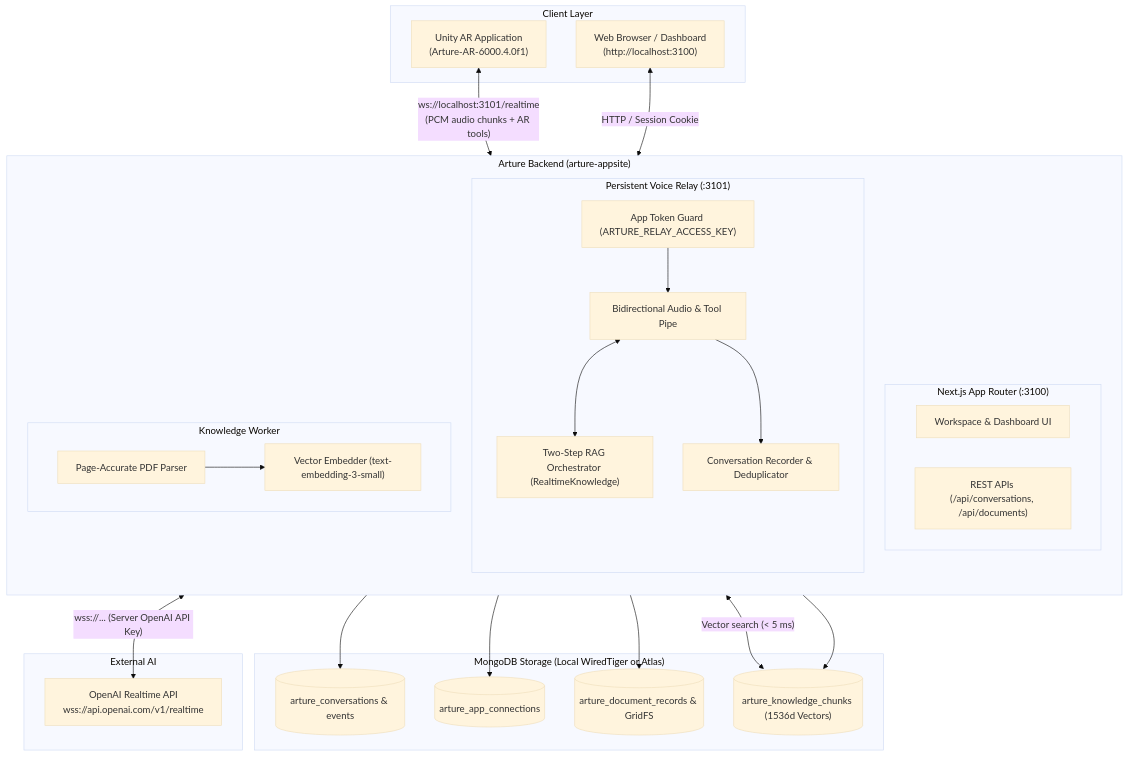
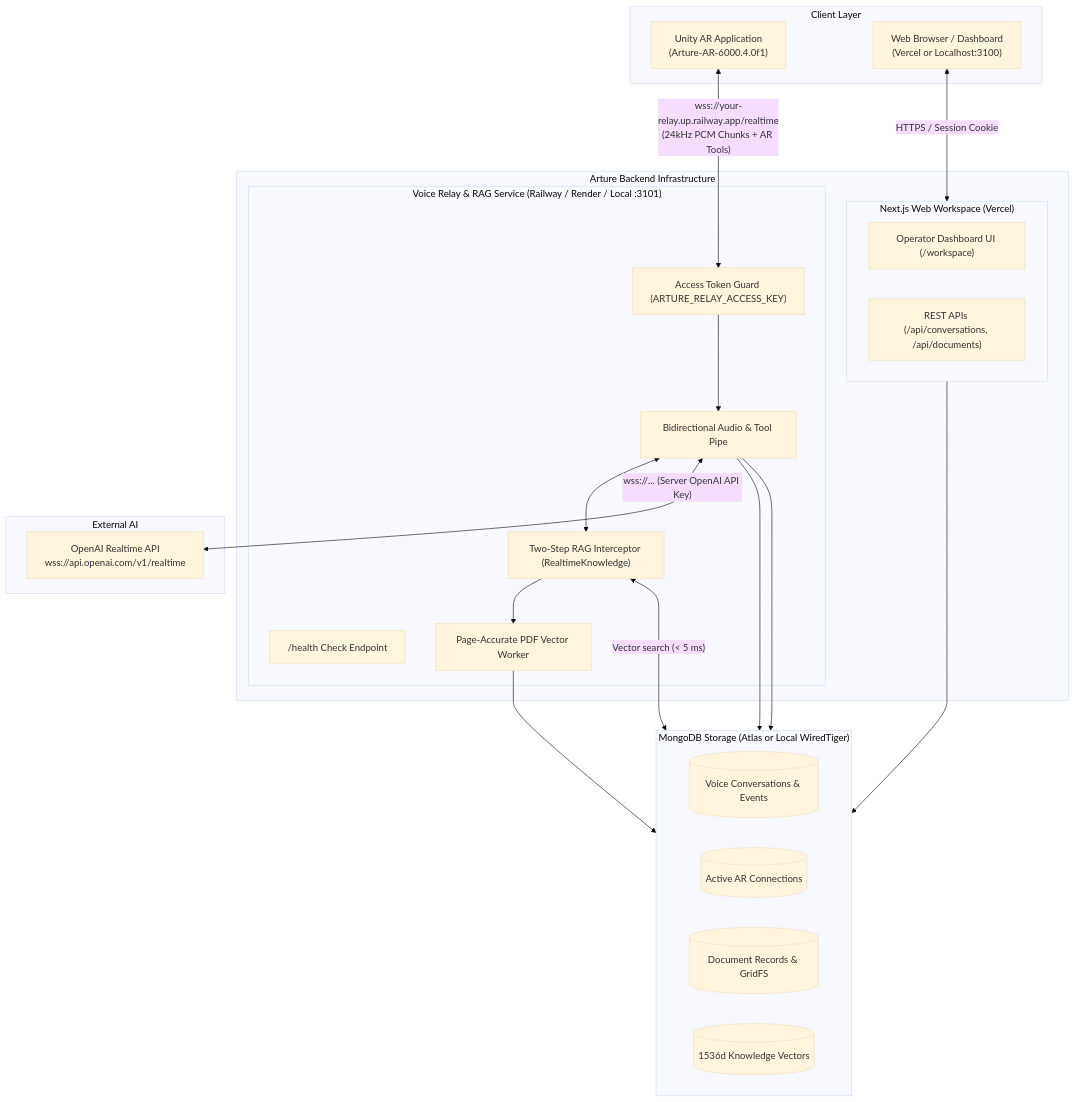
One commit to th-efool/arture-appsite changed the first of 2 diagrams in README.md. Above: the diagram before and after it, drawn with Mermaid (base theme). The commit also changed other lines of this file, not shown here.

Commit message:
docs: expand README with Railway, Vercel, Render and Atlas deployment guides

````diff
--- a/README.md
+++ b/README.md
@@ -59,51 +64,46 @@
 ```mermaid
 flowchart TB
     subgraph Client ["Client Layer"]
         UNITY["Unity AR Application<br/>(Arture-AR-6000.4.0f1)"]
-        BROWSER["Web Browser / Dashboard<br/>(http://localhost:3100)"]
+        BROWSER["Web Browser / Dashboard<br/>(Vercel or Localhost:3100)"]
     end
 
-    subgraph Core ["Arture Backend (arture-appsite)"]
-        direction TB
-        subgraph Web ["Next.js App Router (:3100)"]
-            PAGES["Workspace & Dashboard UI"]
+    subgraph Core ["Arture Backend Infrastructure"]
+        subgraph Web ["Next.js Web Workspace (Vercel)"]
+            PAGES["Operator Dashboard UI (/workspace)"]
             API["REST APIs (/api/conversations, /api/documents)"]
         end
 
-        subgraph Relay ["Persistent Voice Relay (:3101)"]
-            GUARD["App Token Guard (ARTURE_RELAY_ACCESS_KEY)"]
+        subgraph Relay ["Voice Relay & RAG Service (Railway / Render / Local :3101)"]
+            HEALTH["/health Check Endpoint"]
+            GUARD["Access Token Guard (ARTURE_RELAY_ACCESS_KEY)"]
             ROUTER["Bidirectional Audio & Tool Pipe"]
-            ORCHESTRATOR["Two-Step RAG Orchestrator (RealtimeKnowledge)"]
-            RECORDER["Conversation Recorder & Deduplicator"]
+            ORCHESTRATOR["Two-Step RAG Interceptor (RealtimeKnowledge)"]
+            WORKER["Page-Accurate PDF Vector Worker"]
             GUARD --> ROUTER
             ROUTER <--> ORCHESTRATOR
-            ROUTER --> RECORDER
-        end
-
-        subgraph Worker ["Knowledge Worker"]
-            PARSER["Page-Accurate PDF Parser"]
-            EMBEDDER["Vector Embedder (text-embedding-3-small)"]
-            PARSER --> EMBEDDER
+            ORCHESTRATOR --> WORKER
         end
     end
 
-    subgraph Storage ["MongoDB Storage (Local WiredTiger or Atlas)"]
-        CONV[("arture_conversations & events")]
-        PRES[("arture_app_connections")]
-        DOCS[("arture_document_records & GridFS")]
-        VECTORS[("arture_knowledge_chunks (1536d Vectors)")]
+    subgraph Storage ["MongoDB Storage (Atlas or Local WiredTiger)"]
+        direction LR
+        CONV[("Voice Conversations & Events")]
+        PRES[("Active AR Connections")]
+        DOCS[("Document Records & GridFS")]
+        VECTORS[("1536d Knowledge Vectors")]
     end
 
     subgraph Cloud ["External AI"]
         OAI["OpenAI Realtime API<br/>wss://api.openai.com/v1/realtime"]
     end
 
-    UNITY <-->|"ws://localhost:3101/realtime<br/>(PCM audio chunks + AR tools)"| GUARD
-    BROWSER <-->|"HTTP / Session Cookie"| Web
+    UNITY <-->|"wss://your-relay.up.railway.app/realtime<br/>(24kHz PCM Chunks + AR Tools)"| GUARD
+    BROWSER <-->|"HTTPS / Session Cookie"| Web
     ROUTER <-->|"wss://... (Server OpenAI API Key)"| OAI
     ORCHESTRATOR <-->|"Vector search (< 5 ms)"| VECTORS
-    RECORDER --> CONV
+    ROUTER --> CONV
     ROUTER --> PRES
     Web --> DOCS
-    Worker --> VECTORS
+    WORKER --> VECTORS
 ```
````
